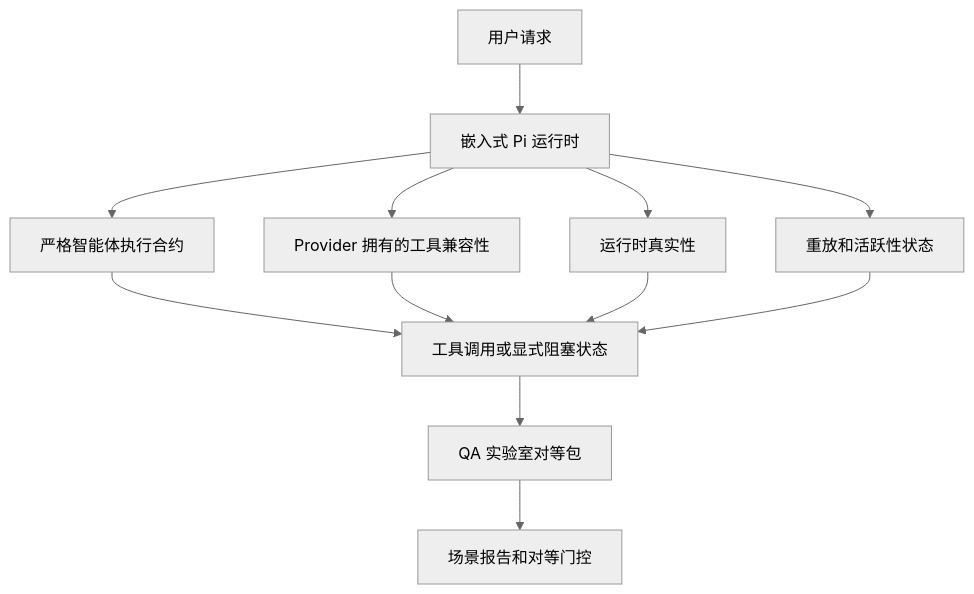
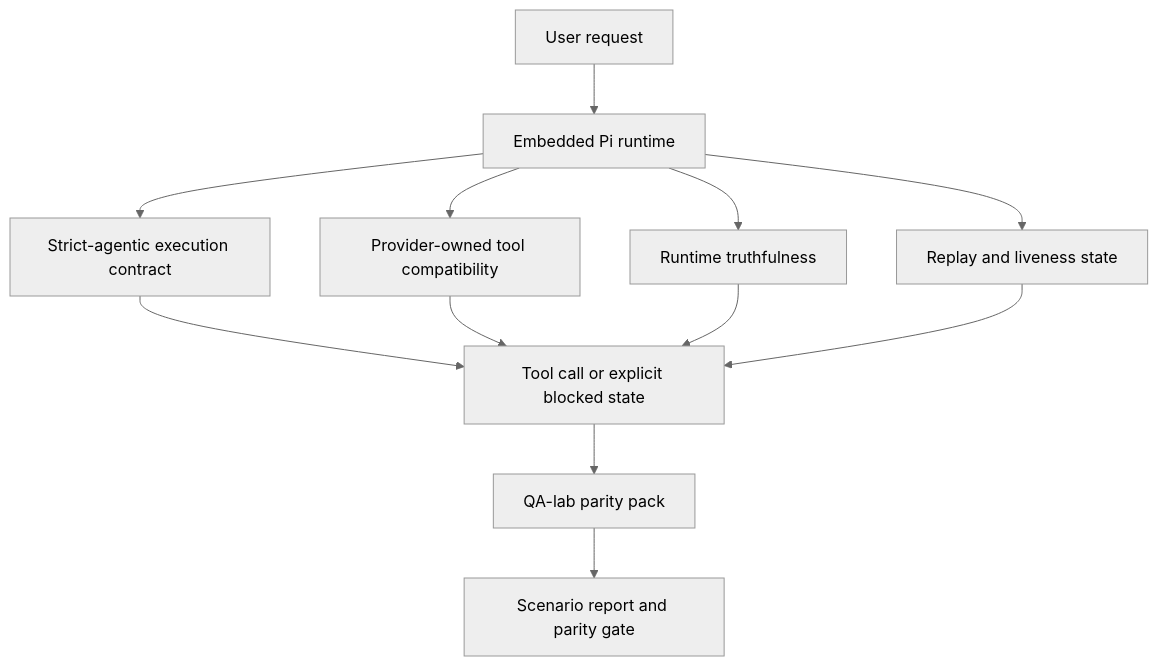
The first of 2 diagrams in docs/zh/help/gpt55-codex-agentic-parity.md (Explorer1092/openclaw-zh), drawn with Mermaid (neutral theme) before and after one commit. The commit also changed other lines of this file and 14 other files, not shown here.

````diff
--- a/docs/zh/help/gpt55-codex-agentic-parity.md
+++ b/docs/zh/help/gpt55-codex-agentic-parity.md
@@ -108,14 +106,14 @@
 ```mermaid
 flowchart TD
-    A["用户请求"] --> B["嵌入式 Pi 运行时"]
-    B --> C["严格智能体执行合约"]
-    B --> D["Provider 拥有的工具兼容性"]
-    B --> E["运行时真实性"]
-    B --> F["重放和活跃性状态"]
-    C --> G["工具调用或显式阻塞状态"]
+    A["User request"] --> B["Embedded Pi runtime"]
+    B --> C["Strict-agentic execution contract"]
+    B --> D["Provider-owned tool compatibility"]
+    B --> E["Runtime truthfulness"]
+    B --> F["Replay and liveness state"]
+    C --> G["Tool call or explicit blocked state"]
     D --> G
     E --> G
     F --> G
-    G --> H["QA 实验室对等包"]
-    H --> I["场景报告和对等门控"]
+    G --> H["QA-lab parity pack"]
+    H --> I["Scenario report and parity gate"]
 ```
````
